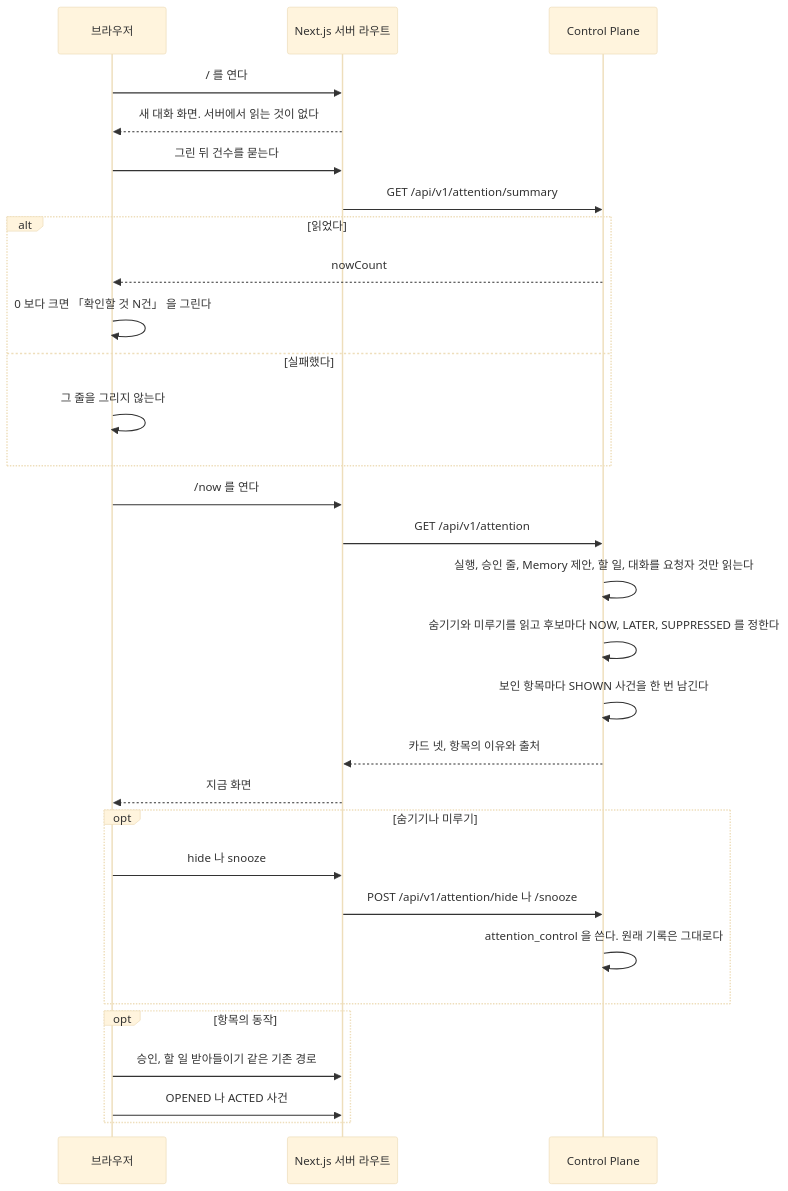
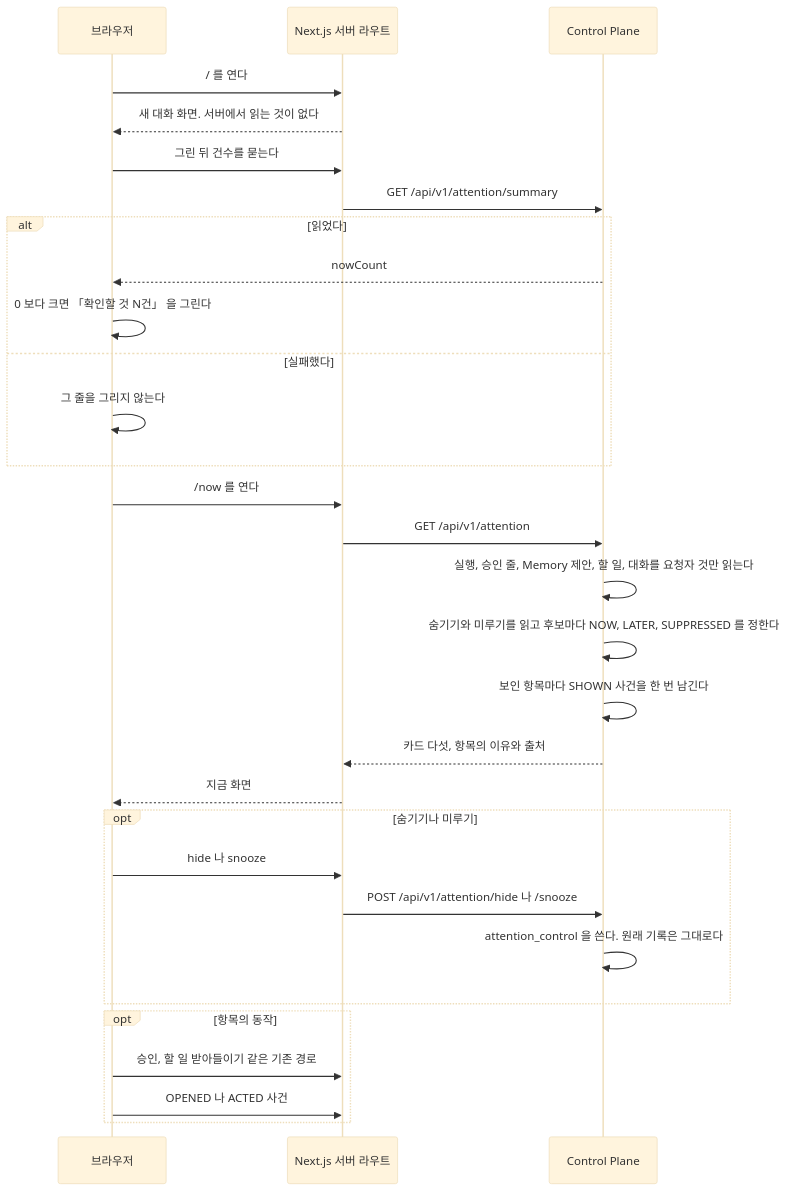
Before and after one commit to jon890/fos-assistant: the seventh of 10 diagrams in docs/flow.md, drawn with Mermaid (base theme). The commit also changed other lines of this file and 1 other file, not shown here.

````diff
--- a/docs/flow.md
+++ b/docs/flow.md
@@ -352,33 +352,33 @@
 ```mermaid
 sequenceDiagram
     participant B as 브라우저
     participant W as Next.js 서버 라우트
     participant C as Control Plane
 
     B->>W: / 를 연다
     W-->>B: 새 대화 화면. 서버에서 읽는 것이 없다
     B->>W: 그린 뒤 건수를 묻는다
     W->>C: GET /api/v1/attention/summary
     alt 읽었다
         C-->>B: nowCount
         B->>B: 0 보다 크면 「확인할 것 N건」 을 그린다
     else 실패했다
         B->>B: 그 줄을 그리지 않는다
     end
     B->>W: /now 를 연다
     W->>C: GET /api/v1/attention
     C->>C: 실행, 승인 줄, Memory 제안, 할 일, 대화를 요청자 것만 읽는다
     C->>C: 숨기기와 미루기를 읽고 후보마다 NOW, LATER, SUPPRESSED 를 정한다
     C->>C: 보인 항목마다 SHOWN 사건을 한 번 남긴다
-    C-->>W: 카드 넷, 항목의 이유와 출처
+    C-->>W: 카드 다섯, 항목의 이유와 출처
     W-->>B: 지금 화면
     opt 숨기기나 미루기
         B->>W: hide 나 snooze
         W->>C: POST /api/v1/attention/hide 나 /snooze
         C->>C: attention_control 을 쓴다. 원래 기록은 그대로다
     end
     opt 항목의 동작
         B->>W: 승인, 할 일 받아들이기 같은 기존 경로
         B->>W: OPENED 나 ACTED 사건
     end
 ```
````
